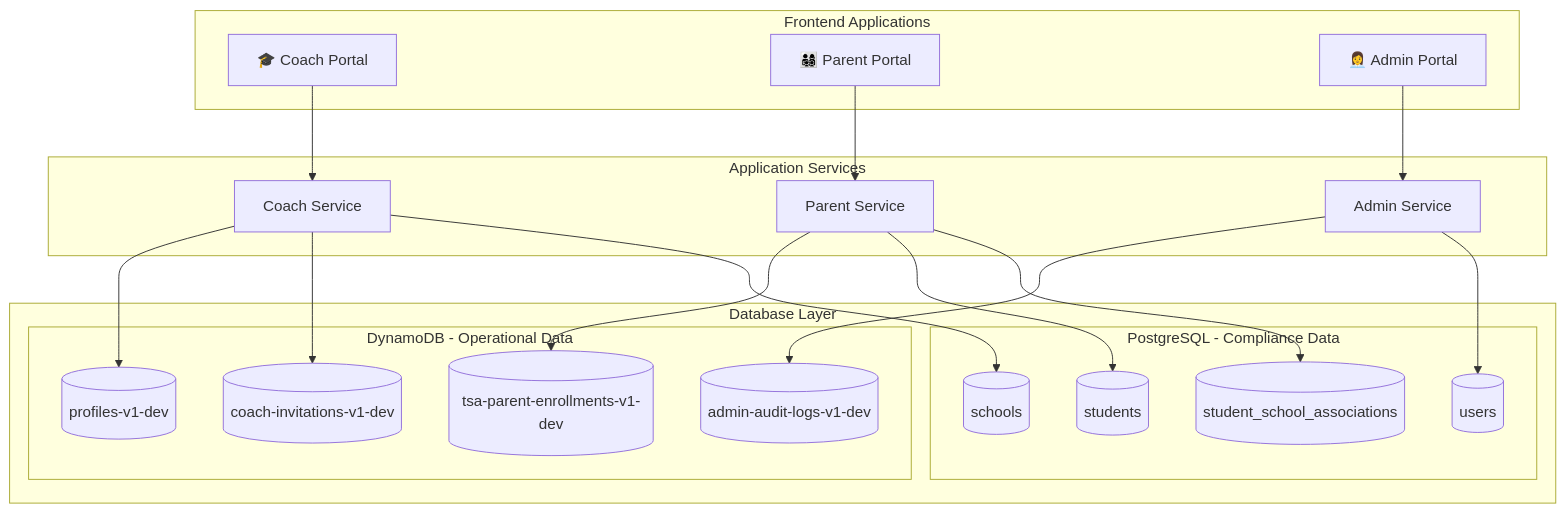
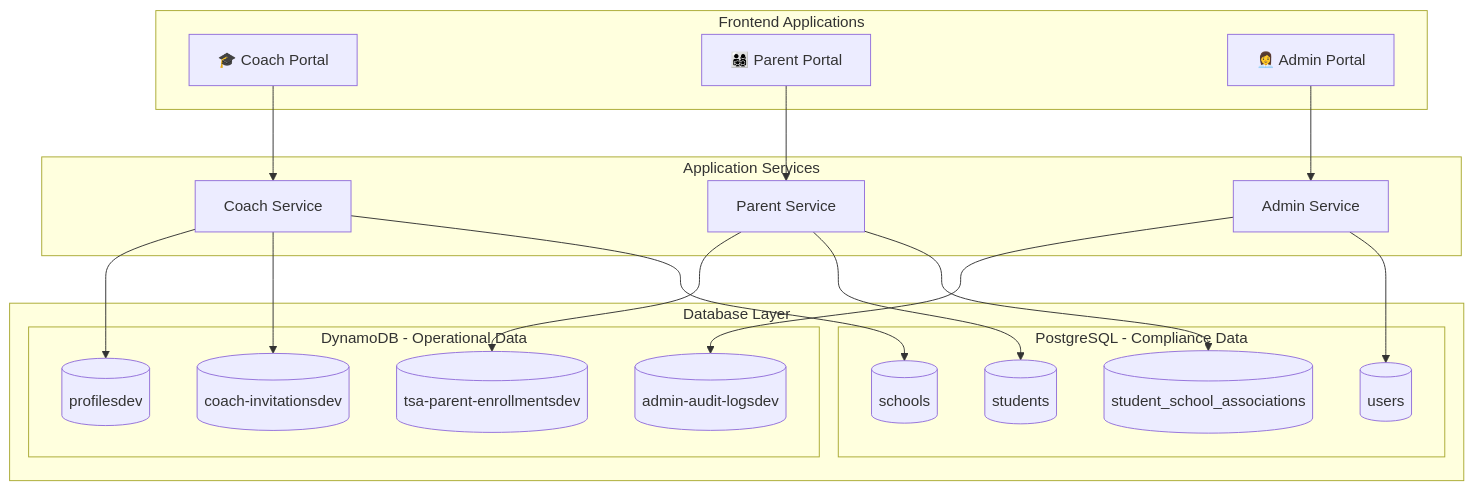
Before and after one commit to dannygauntletai/strata: the first of 2 diagrams in docs/TSA_DATABASE_SCHEMA.md, drawn with Mermaid. The commit also changed other lines of this file and 3640 other files, not shown here.

````diff
--- a/docs/TSA_DATABASE_SCHEMA.md
+++ b/docs/TSA_DATABASE_SCHEMA.md
@@ -25,45 +25,45 @@
 ```mermaid
 graph TB
     subgraph "Frontend Applications"
         COACH["🎓 Coach Portal"]
         PARENT["👨‍👩‍👧‍👦 Parent Portal"]
         ADMIN["👩‍💼 Admin Portal"]
     end
 
     subgraph "Application Services"
         COACH_SVC["Coach Service"]
         PARENT_SVC["Parent Service"]
         ADMIN_SVC["Admin Service"]
     end
 
     subgraph "Database Layer"
         subgraph "DynamoDB - Operational Data"
-            PROFILES[("profiles-v1-dev")]
-            INVITATIONS[("coach-invitations-v1-dev")]
-            ENROLLMENTS[("tsa-parent-enrollments-v1-dev")]
-            AUDIT[("admin-audit-logs-v1-dev")]
+            PROFILES[("profilesdev")]
+            INVITATIONS[("coach-invitationsdev")]
+            ENROLLMENTS[("tsa-parent-enrollmentsdev")]
+            AUDIT[("admin-audit-logsdev")]
         end
 
         subgraph "PostgreSQL - Compliance Data"
             SCHOOLS[("schools")]
             STUDENTS[("students")]
             USERS[("users")]
             ASSOCIATIONS[("student_school_associations")]
         end
     end
 
     COACH --> COACH_SVC
     PARENT --> PARENT_SVC
     ADMIN --> ADMIN_SVC
 
     COACH_SVC --> PROFILES
     COACH_SVC --> INVITATIONS
     COACH_SVC --> SCHOOLS
 
     PARENT_SVC --> ENROLLMENTS
     PARENT_SVC --> STUDENTS
     PARENT_SVC --> ASSOCIATIONS
 
     ADMIN_SVC --> AUDIT
     ADMIN_SVC --> USERS
 ```
````
